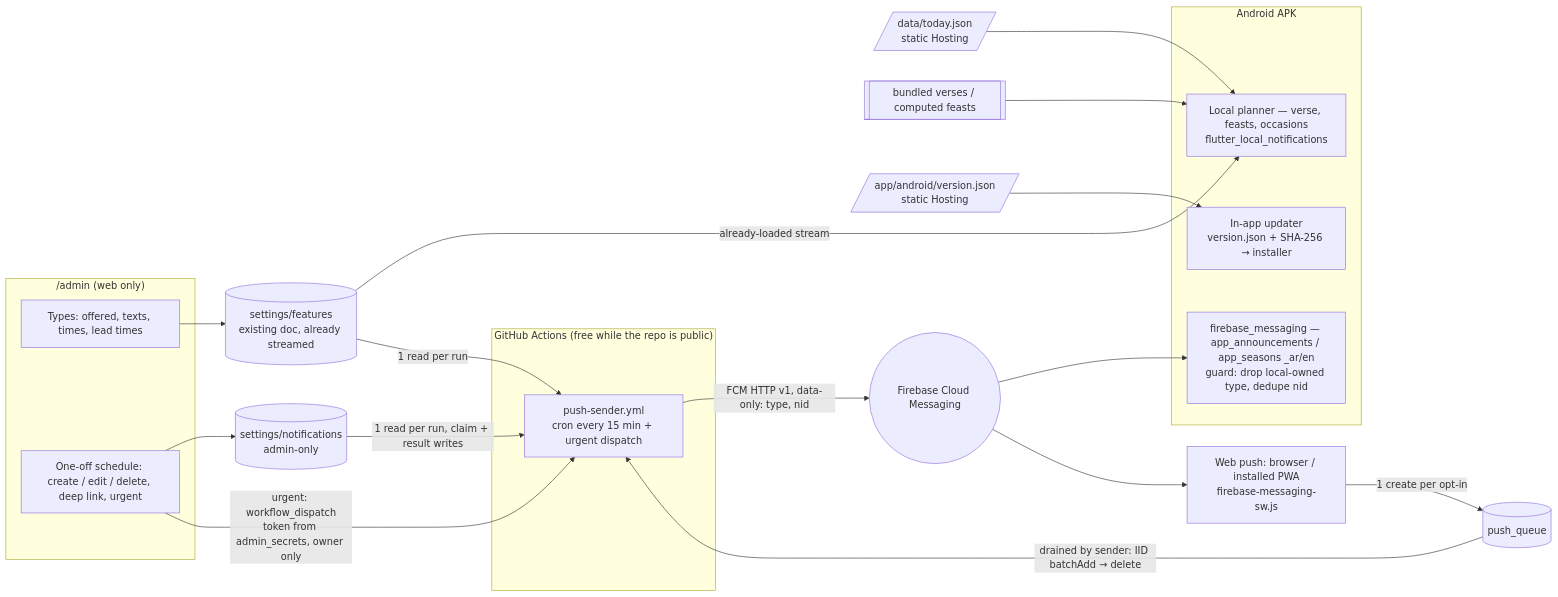
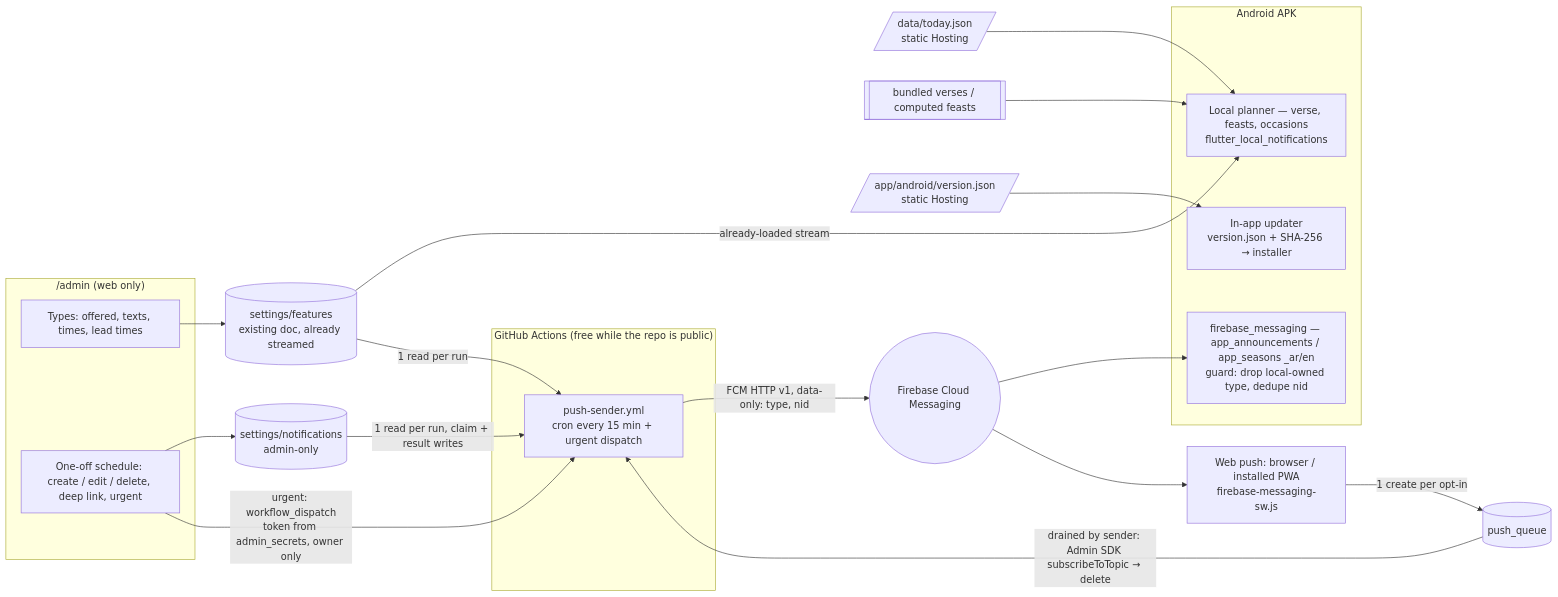
The diagram in docs/plans/phase2/README.md (Kerollosmm/church-portal), drawn with Mermaid before and after one commit. The commit also changed other lines of this file and 7 other files, not shown here.

````diff
--- a/docs/plans/phase2/README.md
+++ b/docs/plans/phase2/README.md
@@ -58,29 +58,29 @@
 ```mermaid
 flowchart LR
   subgraph Admin["/admin (web only)"]
     T[Types: offered, texts, times, lead times]
     S[One-off schedule: create / edit / delete, deep link, urgent]
   end
   T --> F[(settings/features<br/>existing doc, already streamed)]
   S --> N[(settings/notifications<br/>admin-only)]
   subgraph Phone["Android APK"]
     L[Local planner — verse, feasts, occasions<br/>flutter_local_notifications]
     M[firebase_messaging — app_announcements / app_seasons _ar/en<br/>guard: drop local-owned type, dedupe nid]
     U[In-app updater<br/>version.json + SHA-256 → installer]
   end
   F -->|already-loaded stream| L
   J[/data/today.json<br/>static Hosting/] --> L
   V[[bundled verses / computed feasts]] --> L
   H[/app/android/version.json<br/>static Hosting/] --> U
   subgraph GH["GitHub Actions (free while the repo is public)"]
     P[push-sender.yml<br/>cron every 15 min + urgent dispatch]
   end
   S -->|urgent: workflow_dispatch<br/>token from admin_secrets, owner only| P
   F -->|1 read per run| P
   N -->|1 read per run, claim + result writes| P
   P -->|FCM HTTP v1, data-only: type, nid| FCM((Firebase Cloud Messaging))
   FCM --> M
   FCM --> W[Web push: browser / installed PWA<br/>firebase-messaging-sw.js]
   W -->|1 create per opt-in| Q[(push_queue)]
-  Q -->|drained by sender: IID batchAdd → delete| P
+  Q -->|drained by sender: Admin SDK subscribeToTopic → delete| P
 ```
````
